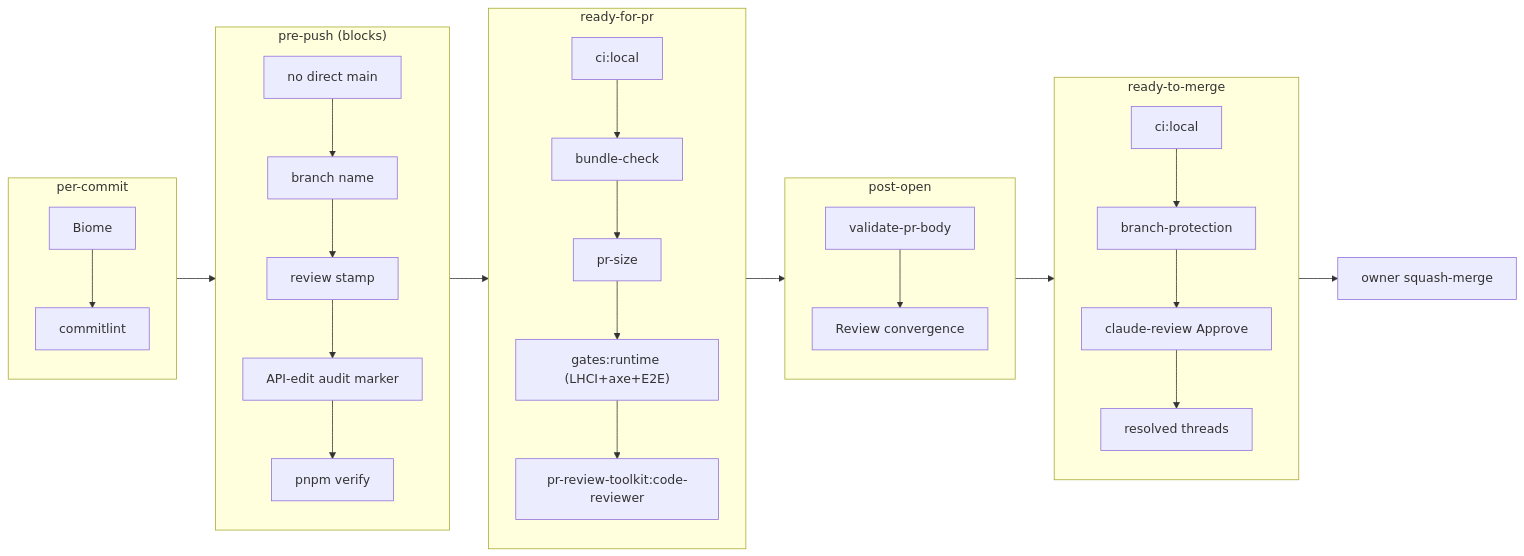
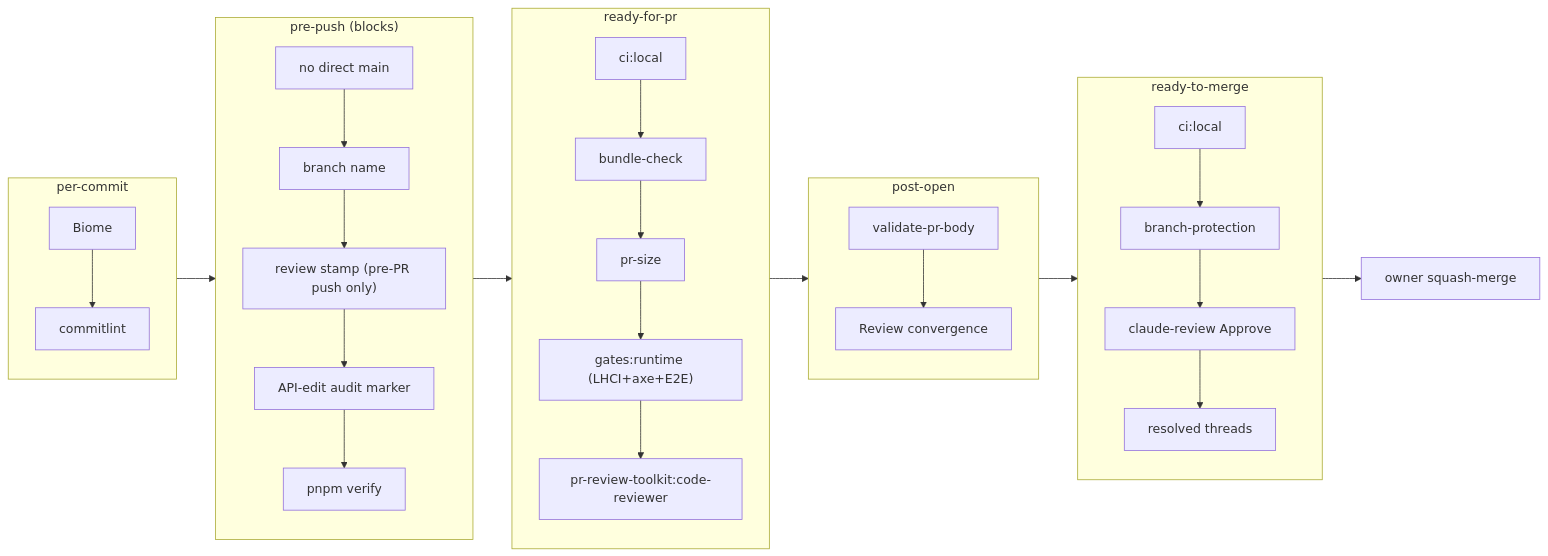
The second of 2 diagrams in docs/handbook/development-lifecycle.md (erikunha/portfolio), drawn with Mermaid before and after one commit. The commit also changed other lines of this file and 16 other files, not shown here.

````diff
--- a/docs/handbook/development-lifecycle.md
+++ b/docs/handbook/development-lifecycle.md
@@ -69,19 +69,19 @@
 ```mermaid
 flowchart LR
     subgraph commit["per-commit"]
         g1["Biome"] --> g2["commitlint"]
     end
     subgraph prepush["pre-push (blocks)"]
-        g3["no direct main"] --> g4["branch name"] --> g5["review stamp"] --> g6["API-edit audit marker"] --> g7["pnpm verify"]
+        g3["no direct main"] --> g4["branch name"] --> g5["review stamp (pre-PR push only)"] --> g6["API-edit audit marker"] --> g7["pnpm verify"]
     end
     subgraph prepr["ready-for-pr"]
         g8["ci:local"] --> g9["bundle-check"] --> g10["pr-size"] --> g11["gates:runtime (LHCI+axe+E2E)"] --> g12["pr-review-toolkit:code-reviewer"]
     end
     subgraph open["post-open"]
         g13["validate-pr-body"] --> g14["Review convergence"]
     end
     subgraph premerge["ready-to-merge"]
         g15["ci:local"] --> g16["branch-protection"] --> g17["claude-review Approve"] --> g18["resolved threads"]
     end
     commit --> prepush --> prepr --> open --> premerge --> merge["owner squash-merge"]
 ```
````
